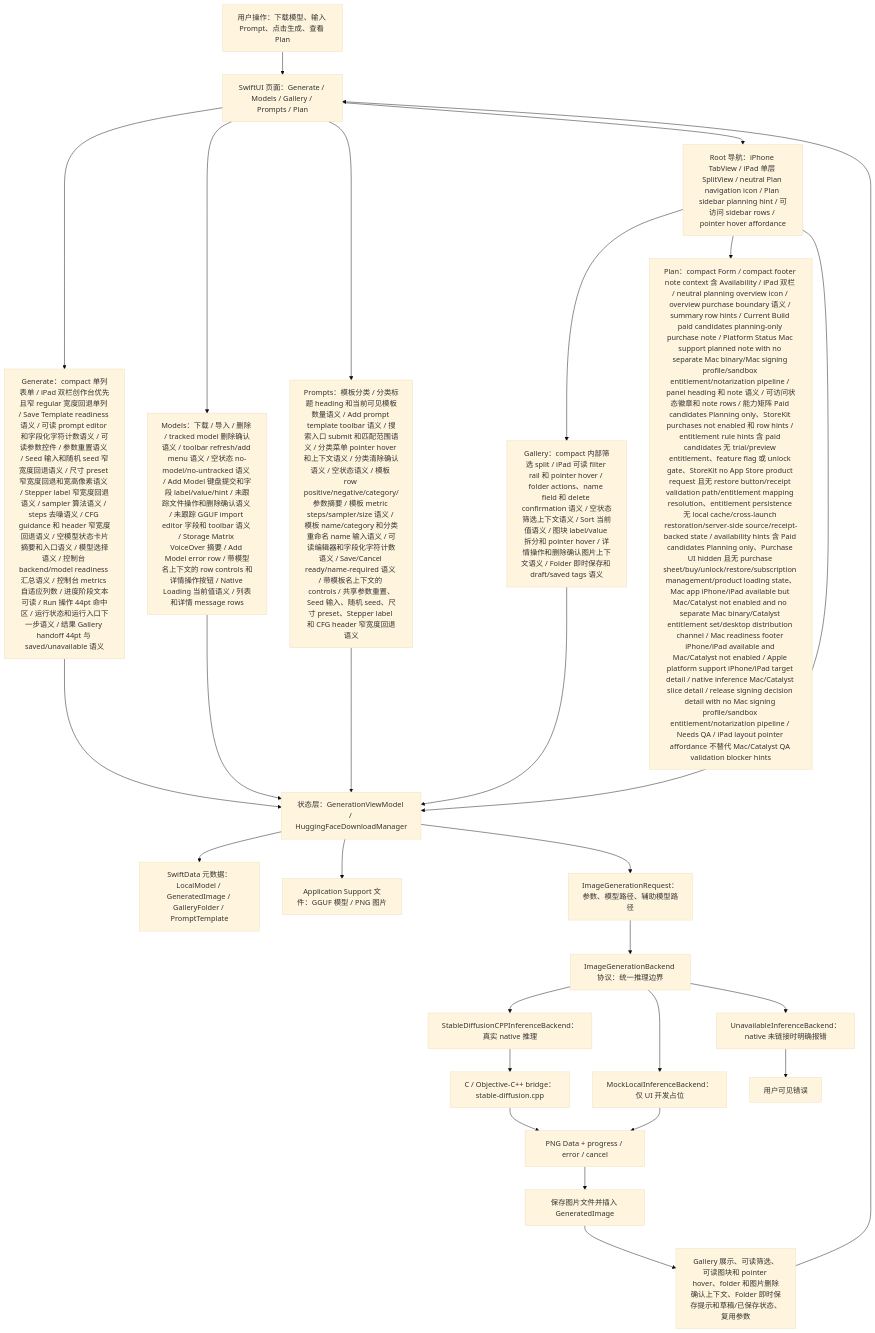
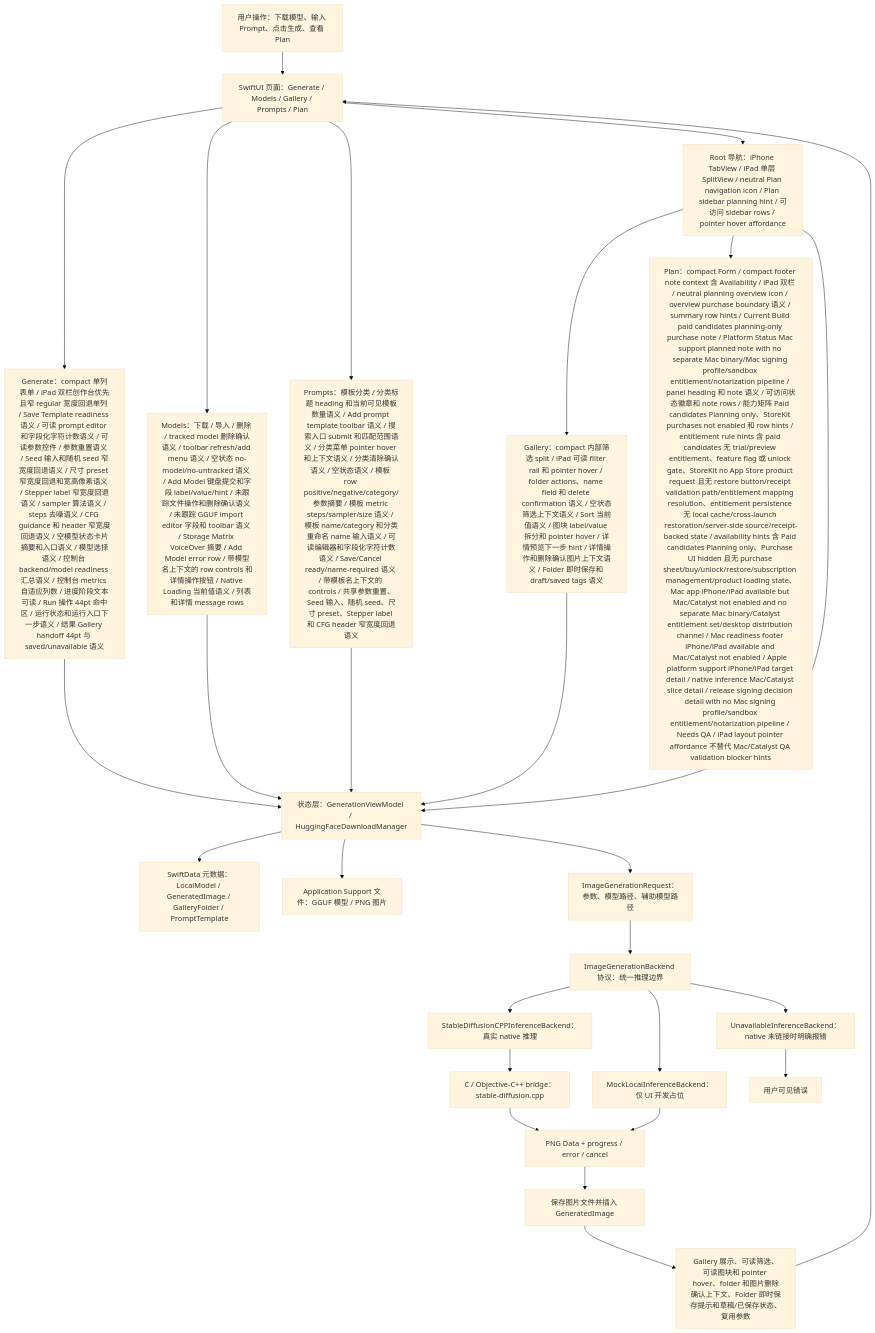
Before and after one commit to Altman-sam114/118: the first of 7 diagrams in md/flow/flowchart.md, drawn with Mermaid (base theme). The commit also changed 5 other files, not shown here.

First line of the commit message:
v1.128: Gallery preview next-step hint

````diff
--- a/md/flow/flowchart.md
+++ b/md/flow/flowchart.md
@@ -9,29 +9,29 @@
 ```mermaid
 flowchart TD
   U["用户操作：下载模型、输入 Prompt、点击生成、查看 Plan"] --> UI["SwiftUI 页面：Generate / Models / Gallery / Prompts / Plan"]
   UI --> GENUI["Generate：compact 单列表单 / iPad 双栏创作台优先且窄 regular 宽度回退单列 / Save Template readiness 语义 / 可读 prompt editor 和字段化字符计数语义 / 可读参数控件 / 参数重置语义 / Seed 输入和随机 seed 窄宽度回退语义 / 尺寸 preset 窄宽度回退和宽高像素语义 / Stepper label 窄宽度回退语义 / sampler 算法语义 / steps 去噪语义 / CFG guidance 和 header 窄宽度回退语义 / 空模型状态卡片摘要和入口语义 / 模型选择语义 / 控制台 backend/model readiness 汇总语义 / 控制台 metrics 自适应列数 / 进度阶段文本可读 / Run 操作 44pt 命中区 / 运行状态和运行入口下一步语义 / 结果 Gallery handoff 44pt 与 saved/unavailable 语义"]
   UI --> MODELUI["Models：下载 / 导入 / 删除 / tracked model 删除确认语义 / toolbar refresh/add menu 语义 / 空状态 no-model/no-untracked 语义 / Add Model 键盘提交和字段 label/value/hint / 未跟踪文件操作和删除确认语义 / 未跟踪 GGUF import editor 字段和 toolbar 语义 / Storage Matrix VoiceOver 摘要 / Add Model error row / 带模型名上下文的 row controls 和详情操作按钮 / Native Loading 当前值语义 / 列表和详情 message rows"]
   UI --> PROMPTUI["Prompts：模板分类 / 分类标题 heading 和当前可见模板数量语义 / Add prompt template toolbar 语义 / 搜索入口 submit 和匹配范围语义 / 分类菜单 pointer hover 和上下文语义 / 分类清除确认语义 / 空状态语义 / 模板 row positive/negative/category/参数摘要 / 模板 metric steps/sampler/size 语义 / 模板 name/category 和分类重命名 name 输入语义 / 可读编辑器和字段化字符计数语义 / Save/Cancel ready/name-required 语义 / 带模板名上下文的 controls / 共享参数重置、Seed 输入、随机 seed、尺寸 preset、Stepper label 和 CFG header 窄宽度回退语义"]
   UI --> NAV["Root 导航：iPhone TabView / iPad 单层 SplitView / neutral Plan navigation icon / Plan sidebar planning hint / 可访问 sidebar rows / pointer hover affordance"]
-  NAV --> GALUI["Gallery：compact 内部筛选 split / iPad 可读 filter rail 和 pointer hover / folder actions、name field 和 delete confirmation 语义 / 空状态筛选上下文语义 / Sort 当前值语义 / 图块 label/value 拆分和 pointer hover / 详情操作和删除确认图片上下文语义 / Folder 即时保存和 draft/saved tags 语义"]
+  NAV --> GALUI["Gallery：compact 内部筛选 split / iPad 可读 filter rail 和 pointer hover / folder actions、name field 和 delete confirmation 语义 / 空状态筛选上下文语义 / Sort 当前值语义 / 图块 label/value 拆分和 pointer hover / 详情预览下一步 hint / 详情操作和删除确认图片上下文语义 / Folder 即时保存和 draft/saved tags 语义"]
   NAV --> PLANUI["Plan：compact Form / compact footer note context 含 Availability / iPad 双栏 / neutral planning overview icon / overview purchase boundary 语义 / summary row hints / Current Build paid candidates planning-only purchase note / Platform Status Mac support planned note with no separate Mac binary/Mac signing profile/sandbox entitlement/notarization pipeline / panel heading 和 note 语义 / 可访问状态徽章和 note rows / 能力矩阵 Paid candidates Planning only、StoreKit purchases not enabled 和 row hints / entitlement rule hints 含 paid candidates 无 trial/preview entitlement、feature flag 或 unlock gate、StoreKit no App Store product request 且无 restore button/receipt validation path/entitlement mapping resolution、entitlement persistence 无 local cache/cross-launch restoration/server-side source/receipt-backed state / availability hints 含 Paid candidates Planning only、Purchase UI hidden 且无 purchase sheet/buy/unlock/restore/subscription management/product loading state、Mac app iPhone/iPad available but Mac/Catalyst not enabled and no separate Mac binary/Catalyst entitlement set/desktop distribution channel / Mac readiness footer iPhone/iPad available and Mac/Catalyst not enabled / Apple platform support iPhone/iPad target detail / native inference Mac/Catalyst slice detail / release signing decision detail with no Mac signing profile/sandbox entitlement/notarization pipeline / Needs QA / iPad layout pointer affordance 不替代 Mac/Catalyst QA validation blocker hints"]
   NAV --> VM["状态层：GenerationViewModel / HuggingFaceDownloadManager"]
   GENUI --> VM
   MODELUI --> VM
   PROMPTUI --> VM
   GALUI --> VM
   VM --> SD["SwiftData 元数据：LocalModel / GeneratedImage / GalleryFolder / PromptTemplate"]
   VM --> FS["Application Support 文件：GGUF 模型 / PNG 图片"]
   VM --> REQ["ImageGenerationRequest：参数、模型路径、辅助模型路径"]
   REQ --> IFACE["ImageGenerationBackend 协议：统一推理边界"]
   IFACE --> NATIVE["StableDiffusionCPPInferenceBackend：真实 native 推理"]
   IFACE --> MOCK["MockLocalInferenceBackend：仅 UI 开发占位"]
   IFACE --> OFF["UnavailableInferenceBackend：native 未链接时明确报错"]
   NATIVE --> BRIDGE["C / Objective-C++ bridge：stable-diffusion.cpp"]
   BRIDGE --> PNG["PNG Data + progress / error / cancel"]
   MOCK --> PNG
   OFF --> ERR["用户可见错误"]
   PNG --> SAVE["保存图片文件并插入 GeneratedImage"]
   SAVE --> GALLERY["Gallery 展示、可读筛选、可读图块和 pointer hover、folder 和图片删除确认上下文、Folder 即时保存提示和草稿/已保存状态、复用参数"]
   GALLERY --> UI
 ```
````
